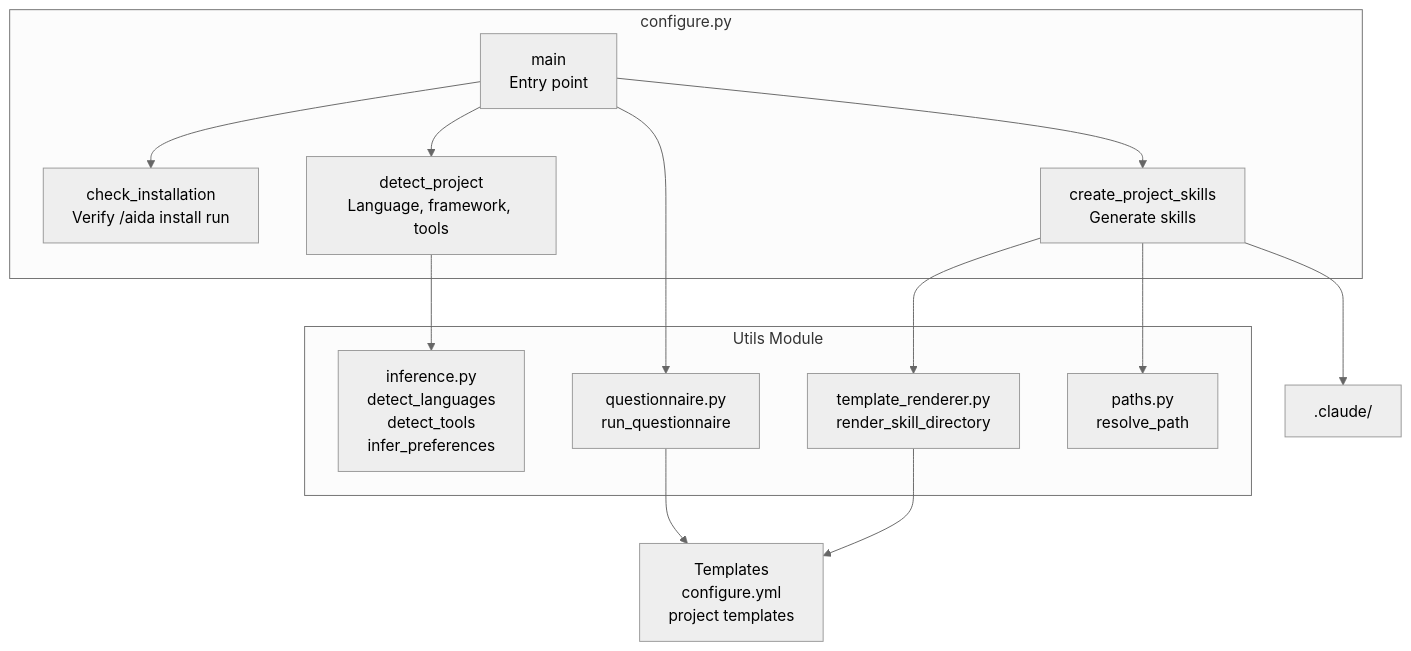
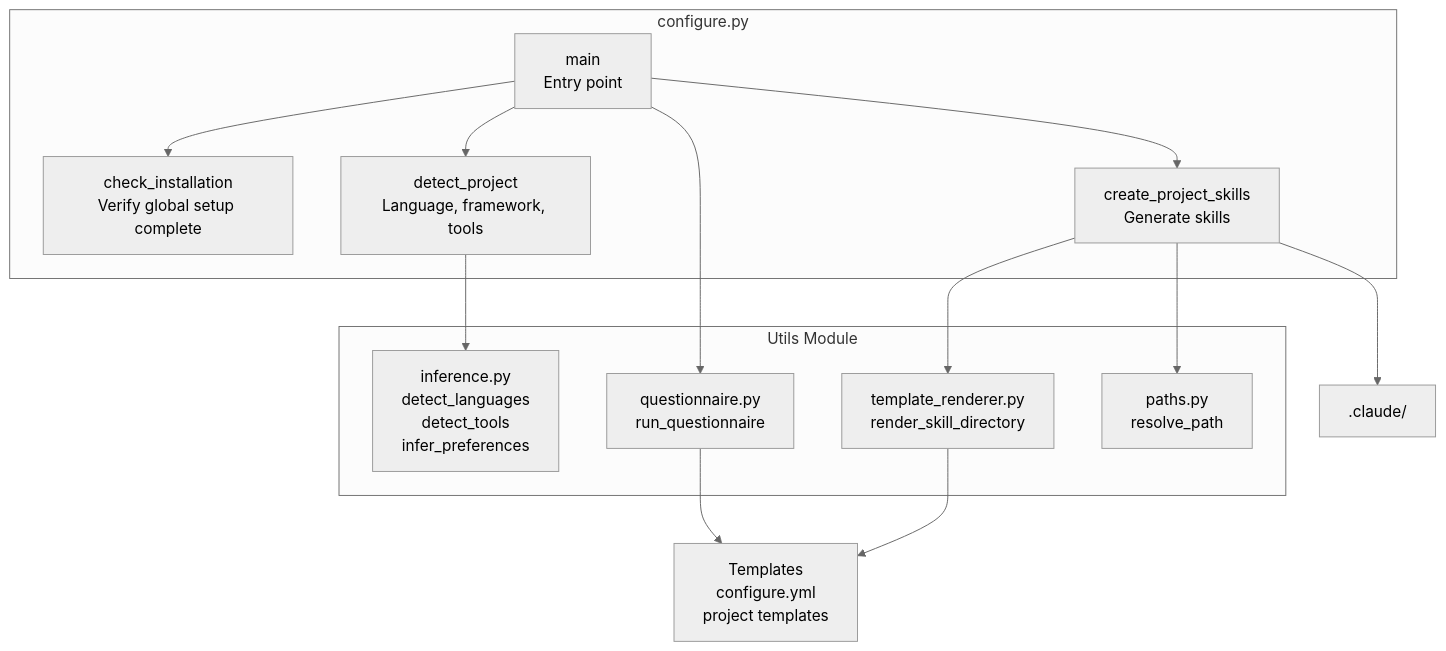
The second of 7 diagrams in docs/architecture/c4/component-diagram.md (oakensoul/aida-core-plugin), drawn with Mermaid (neutral theme) before and after one commit. The commit also changed 6 other files, not shown here.

````diff
--- a/docs/architecture/c4/component-diagram.md
+++ b/docs/architecture/c4/component-diagram.md
@@ -255,33 +255,33 @@
 ```mermaid
 graph TB
     subgraph "configure.py"
         MainConfig[main<br/>Entry point]
-        CheckInstall[check_installation<br/>Verify /aida install run]
+        CheckInstall[check_installation<br/>Verify global setup complete]
         DetectProject[detect_project<br/>Language, framework, tools]
         CreateProjectSkills[create_project_skills<br/>Generate skills]
     end
 
     subgraph "Utils Module"
         Inference[inference.py<br/>detect_languages<br/>detect_tools<br/>infer_preferences]
         Questionnaire2[questionnaire.py<br/>run_questionnaire]
         TemplateRender2[template_renderer.py<br/>render_skill_directory]
         PathsGet2[paths.py<br/>resolve_path]
     end
 
     Templates2[Templates<br/>configure.yml<br/>project templates]
     ProjectFS[.claude/]
 
     MainConfig --> CheckInstall
     MainConfig --> DetectProject
     MainConfig --> Questionnaire2
     MainConfig --> CreateProjectSkills
 
     DetectProject --> Inference
     CreateProjectSkills --> TemplateRender2
     CreateProjectSkills --> PathsGet2
 
     Questionnaire2 --> Templates2
     TemplateRender2 --> Templates2
 
     CreateProjectSkills --> ProjectFS
 ```
````
